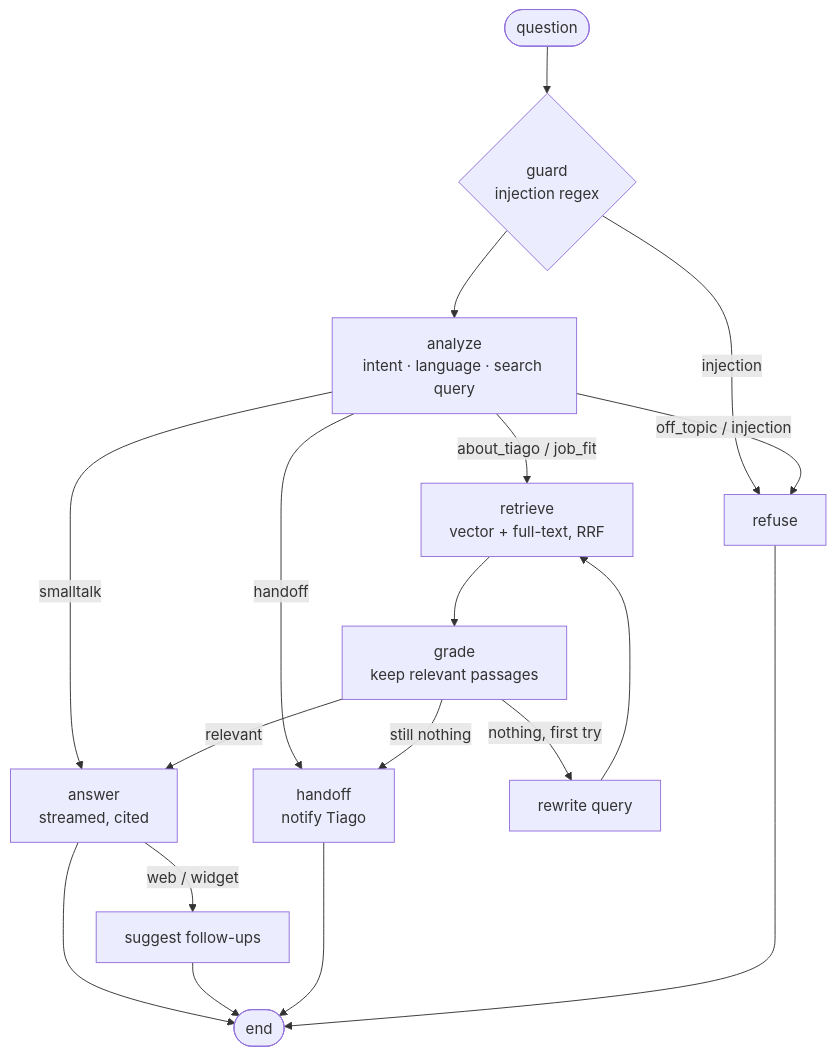
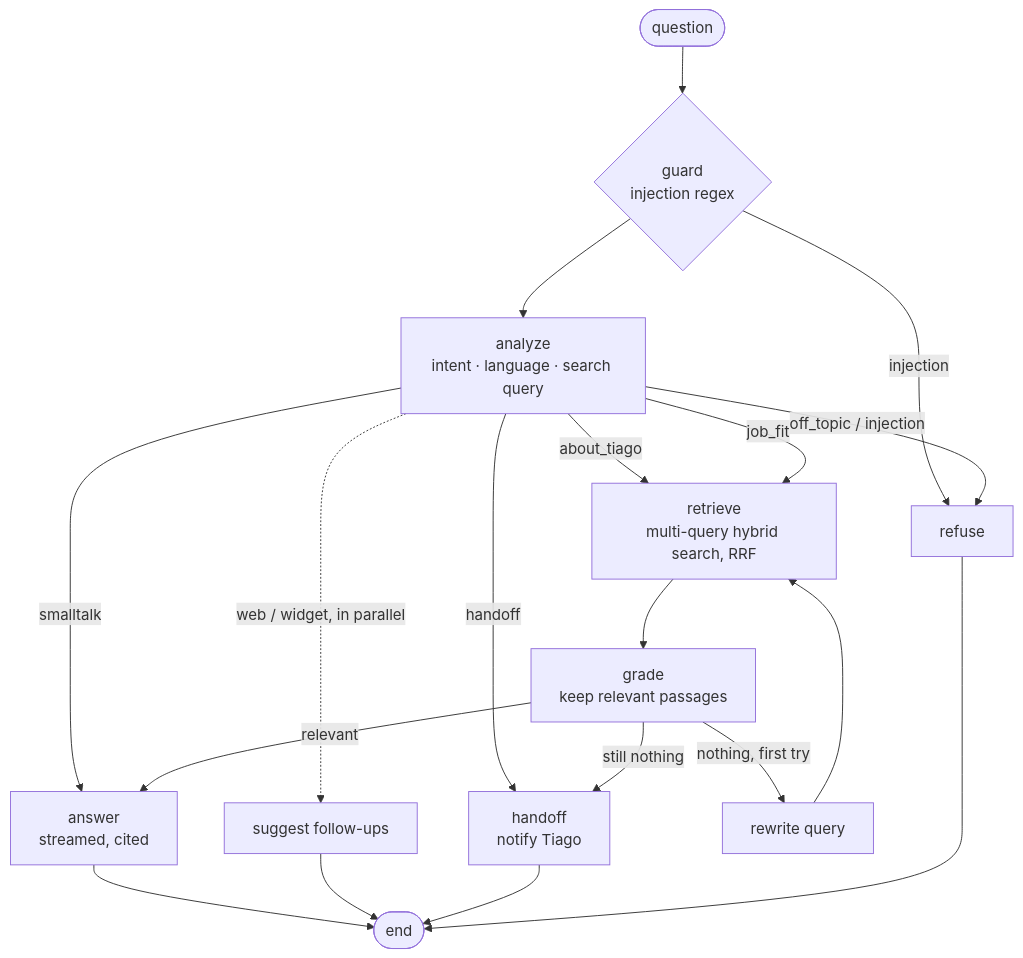
The second of 2 diagrams in README.md (Tiagokochem/tiago-ai-twin), drawn with Mermaid before and after one commit. The commit also changed other lines of this file and 18 other files, not shown here.

````diff
--- a/README.md
+++ b/README.md
@@ -63,19 +63,20 @@
 ```mermaid
 flowchart TD
   S([question]) --> guard{guard<br/>injection regex}
   guard -->|injection| refuse
   guard --> analyze[analyze<br/>intent · language · search query]
-  analyze -->|about_tiago / job_fit| retrieve[retrieve<br/>vector + full-text, RRF]
+  analyze -->|about_tiago| retrieve[retrieve<br/>multi-query hybrid search, RRF]
+  analyze -->|job_fit| retrieve
   analyze -->|smalltalk| answer
   analyze -->|handoff| handoff
   analyze -->|off_topic / injection| refuse
+  analyze -.->|web / widget, in parallel| followups[suggest follow-ups]
   retrieve --> grade[grade<br/>keep relevant passages]
   grade -->|relevant| answer[answer<br/>streamed, cited]
   grade -->|nothing, first try| rewrite[rewrite query] --> retrieve
   grade -->|still nothing| handoff[handoff<br/>notify Tiago]
-  answer -->|web / widget| followups[suggest follow-ups]
   answer --> E([end])
   followups --> E
   handoff --> E
   refuse --> E
 ```
````
